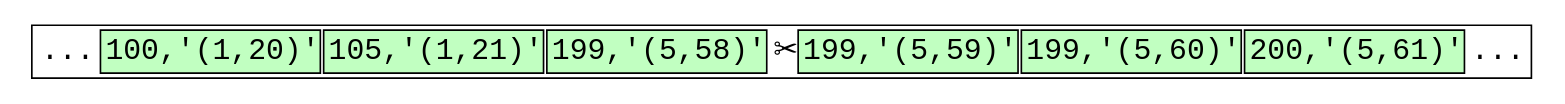
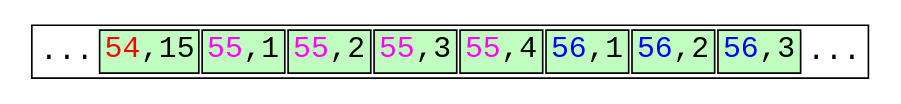
Before and after one commit to petergeoghegan/pg_query_internals: the diagram in leaf-page-split.dot, drawn with Graphviz.

Commit message:
Make leaf page split example into split after new item example

```diff
--- a/leaf-page-split.dot
+++ b/leaf-page-split.dot
@@ -1,33 +1,35 @@
 // Example B-Tree graph
 //
 // Breadth-first order
 //
 // Start from root, go left to right
 //
 // Workflow:
 //
 // $ dot -T svg btree.dot -o btree.svg;
 
 digraph nbtree {
 graph [fontname = "monospace"];
 node [shape = none,height=.1,fontname = "monospace",fontsize=18];
 // Level 0 (leaf level)
 leafnode_1[ label=<<table>
                     <tr>
                         <td border="0" bgcolor='white' port="t0">...</td>
-                        <td bgcolor='darkseagreen1' port="t1">100,'(1,20)'</td>
-                        <td bgcolor='darkseagreen1' port="t2">105,'(1,21)'</td>
-                        <td bgcolor='darkseagreen1' port="t2">199,'(5,58)'</td>
-                        <td align="center" border="0" bgcolor='white' port="t3">&#9986;</td>
-                        <td bgcolor='darkseagreen1' port="t2">199,'(5,59)'</td>
-                        <td bgcolor='darkseagreen1' port="t4">199,'(5,60)'</td>
-                        <td bgcolor='darkseagreen1' port="t5">200,'(5,61)'</td>
+                        <td bgcolor='darkseagreen1' port="t1"><font color="red">54</font>,15</td>
+                        <td bgcolor='darkseagreen1' port="t1"><font color="magenta">55</font>,1</td>
+                        <td bgcolor='darkseagreen1' port="t2"><font color="magenta">55</font>,2</td>
+                        <td bgcolor='darkseagreen1' port="t3"><font color="magenta">55</font>,3</td>
+                        <td bgcolor='darkseagreen1' port="t4"><font color="magenta">55</font>,4</td>
+                        <!-- <td align="center" border="0" bgcolor='white' port="t3">&#9986;</td> -->
+                        <td bgcolor='darkseagreen1' port="t4"><font color="blue">56</font>,1</td>
+                        <td bgcolor='darkseagreen1' port="t5"><font color="blue">56</font>,2</td>
+                        <td bgcolor='darkseagreen1' port="t6"><font color="blue">56</font>,3</td>
                         <td border="0" bgcolor='white' port="t3">...</td>
                     </tr>
                 </table>
                >
         ];
 //Force alignment from root to internal to leaf levels:
 //edge[style=invis];
 //"rootnode":d1 -> "leafnode_2":t2
 }
```
